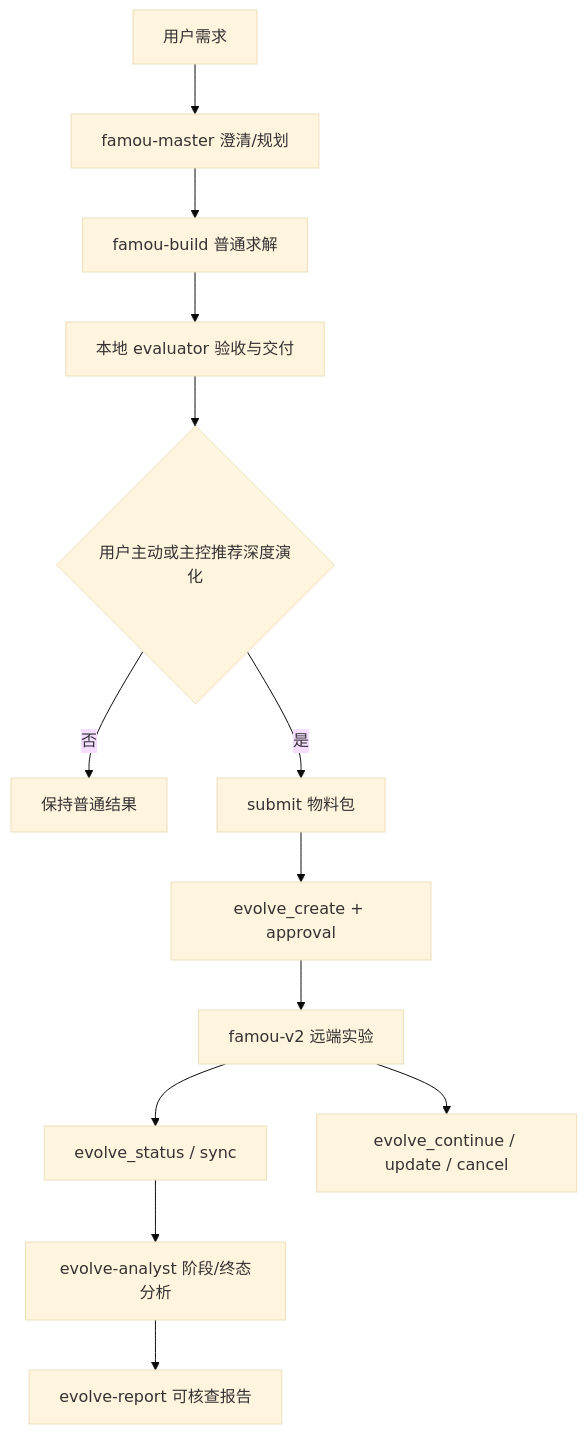
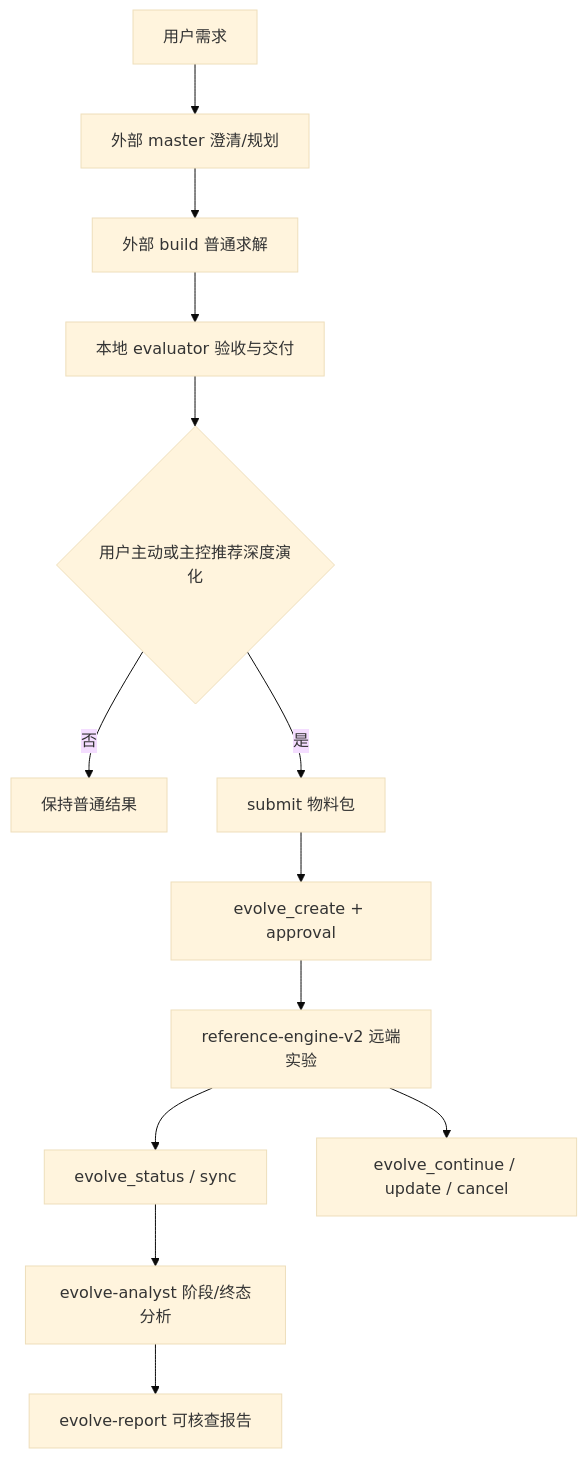
Before and after one commit to vchive/Lunar-Agent: the diagram in docs/webagent-v25-fusion-architecture-20260911.md, drawn with Mermaid (base theme). The commit also changed other lines of this file and 1447 other files, not shown here.

````diff
--- a/docs/webagent-v25-fusion-architecture-20260911.md
+++ b/docs/webagent-v25-fusion-architecture-20260911.md
@@ -13,15 +18,15 @@
 ```mermaid
 flowchart TD
-    A[用户需求] --> B[famou-master 澄清/规划]
-    B --> C[famou-build 普通求解]
+    A[用户需求] --> B[外部 master 澄清/规划]
+    B --> C[外部 build 普通求解]
     C --> D[本地 evaluator 验收与交付]
     D --> E{用户主动或主控推荐深度演化}
     E -->|否| F[保持普通结果]
     E -->|是| G[submit 物料包]
     G --> H[evolve_create + approval]
-    H --> I[famou-v2 远端实验]
+    H --> I[reference-engine-v2 远端实验]
     I --> J[evolve_status / sync]
     J --> K[evolve-analyst 阶段/终态分析]
     K --> L[evolve-report 可核查报告]
     I --> M[evolve_continue / update / cancel]
 ```
````
